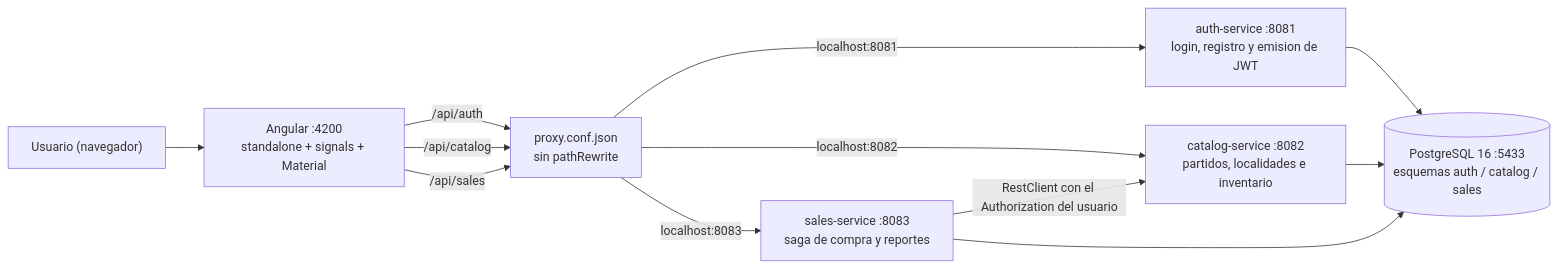
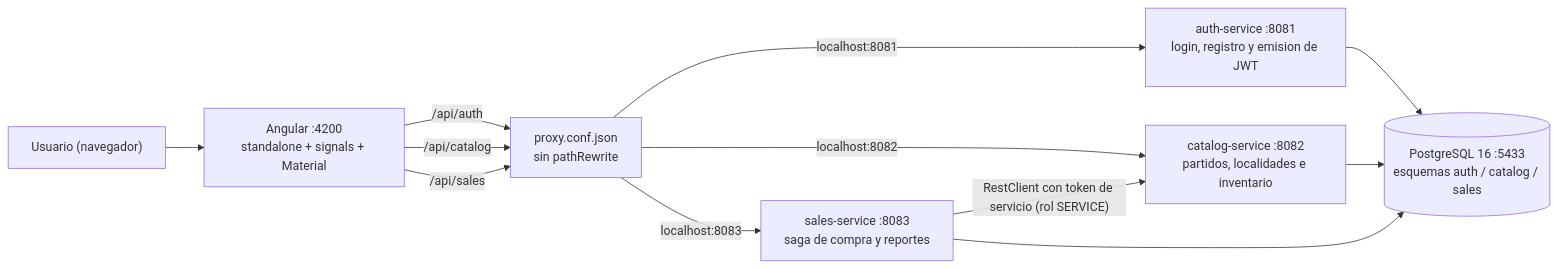
One commit to 10carabal/valle-oro-puro changed the first of 2 diagrams in README.md. Above: the diagram before and after it, drawn with Mermaid. The commit also changed other lines of this file and 13 other files, not shown here.

Commit message:
fix(security): service token for internal inventory calls and closed-match purchase guard

````diff
--- a/README.md
+++ b/README.md
@@ -32,22 +32,22 @@
 ```mermaid
 flowchart LR
     U["Usuario (navegador)"]
     ANG["Angular :4200<br/>standalone + signals + Material"]
     PROXY["proxy.conf.json<br/>sin pathRewrite"]
     AUTH["auth-service :8081<br/>login, registro y emision de JWT"]
     CAT["catalog-service :8082<br/>partidos, localidades e inventario"]
     SALES["sales-service :8083<br/>saga de compra y reportes"]
     PG[("PostgreSQL 16 :5433<br/>esquemas auth / catalog / sales")]
 
     U --> ANG
     ANG -->|"/api/auth"| PROXY
     ANG -->|"/api/catalog"| PROXY
     ANG -->|"/api/sales"| PROXY
     PROXY -->|"localhost:8081"| AUTH
     PROXY -->|"localhost:8082"| CAT
     PROXY -->|"localhost:8083"| SALES
-    SALES -->|"RestClient con el Authorization del usuario"| CAT
+    SALES -->|"RestClient con token de servicio (rol SERVICE)"| CAT
     AUTH --> PG
     CAT --> PG
     SALES --> PG
 ```
````
